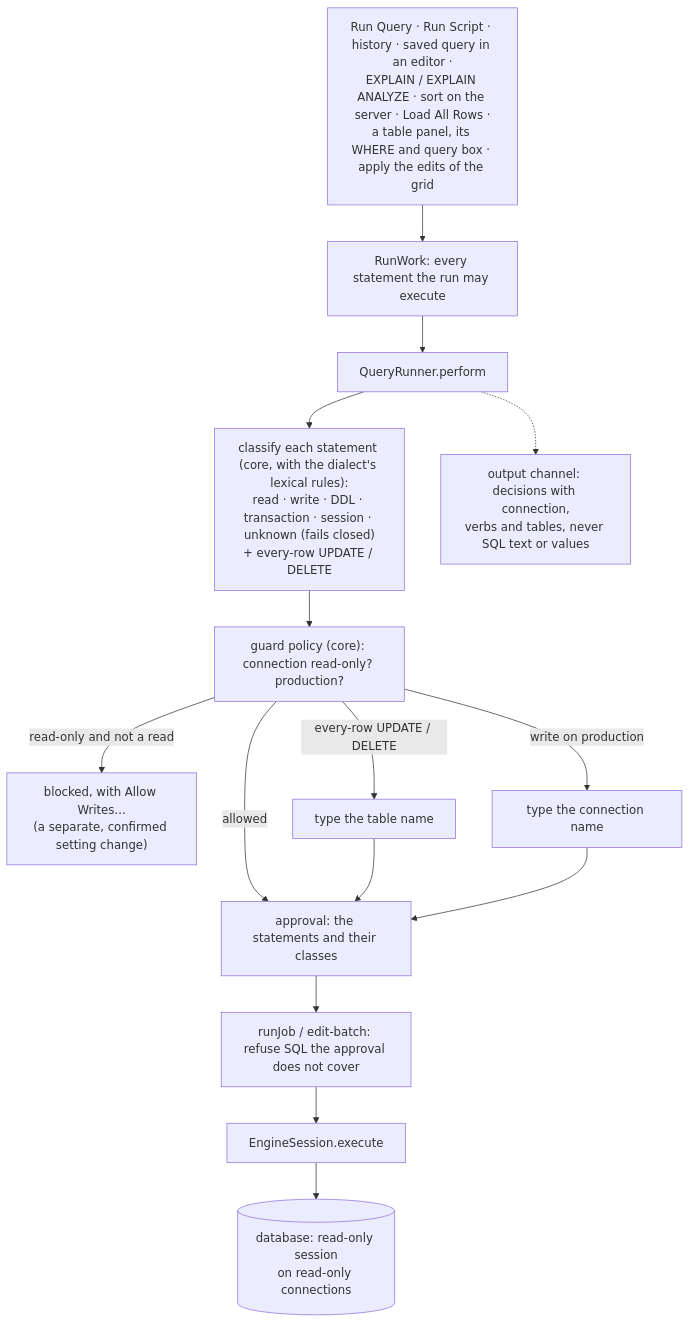
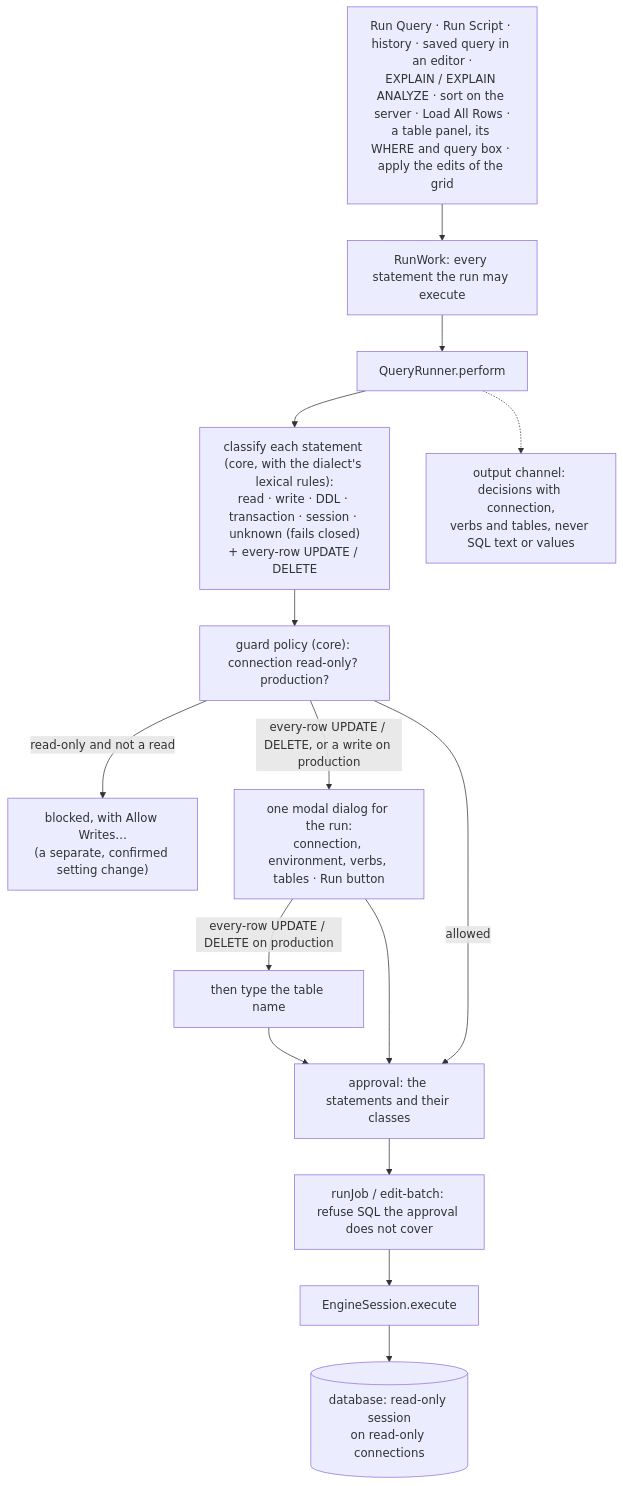
Before and after one commit to mathmed/sqldoro: the third of 5 diagrams in docs/ARCHITECTURE.md, drawn with Mermaid. The commit also changed other lines of this file and 46 other files, not shown here.

````diff
--- a/docs/ARCHITECTURE.md
+++ b/docs/ARCHITECTURE.md
@@ -83,18 +83,18 @@
 ```mermaid
 flowchart TB
   sources["Run Query · Run Script · history · saved query in an editor ·<br/>EXPLAIN / EXPLAIN ANALYZE · sort on the server · Load All Rows ·<br/>a table panel, its WHERE and query box · apply the edits of the grid"]
   sources --> work["RunWork: every statement the run may execute"]
   work --> perform["QueryRunner.perform"]
   perform --> classify["classify each statement (core, with the dialect's lexical rules):<br/>read · write · DDL · transaction · session · unknown (fails closed)<br/>+ every-row UPDATE / DELETE"]
   classify --> policy["guard policy (core): connection read-only? production?"]
   policy -->|"read-only and not a read"| block["blocked, with Allow Writes…<br/>(a separate, confirmed setting change)"]
-  policy -->|"every-row UPDATE / DELETE"| typeTable["type the table name"]
-  policy -->|"write on production"| typeName["type the connection name"]
+  policy -->|"every-row UPDATE / DELETE, or a write on production"| dialog["one modal dialog for the run:<br/>connection, environment, verbs, tables · Run button"]
+  dialog -->|"every-row UPDATE / DELETE on production"| typeTable["then type the table name"]
+  dialog --> approval["approval: the statements and their classes"]
   policy -->|"allowed"| approval
-  typeTable --> approval["approval: the statements and their classes"]
-  typeName --> approval
+  typeTable --> approval
   approval --> runJob["runJob / edit-batch: refuse SQL the approval does not cover"]
   runJob --> execute["EngineSession.execute"]
   execute --> server[("database: read-only session<br/>on read-only connections")]
   perform -.-> log["output channel: decisions with connection,<br/>verbs and tables, never SQL text or values"]
 ```
````
